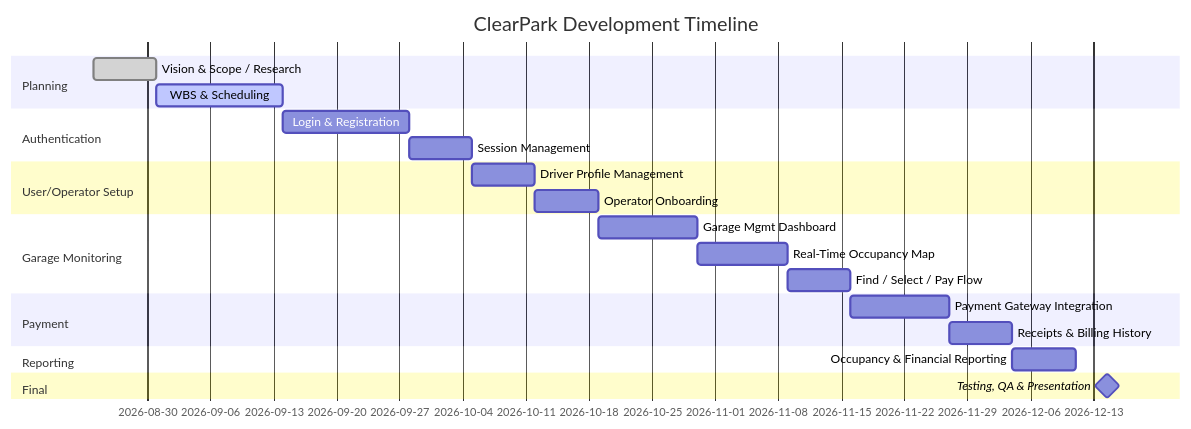
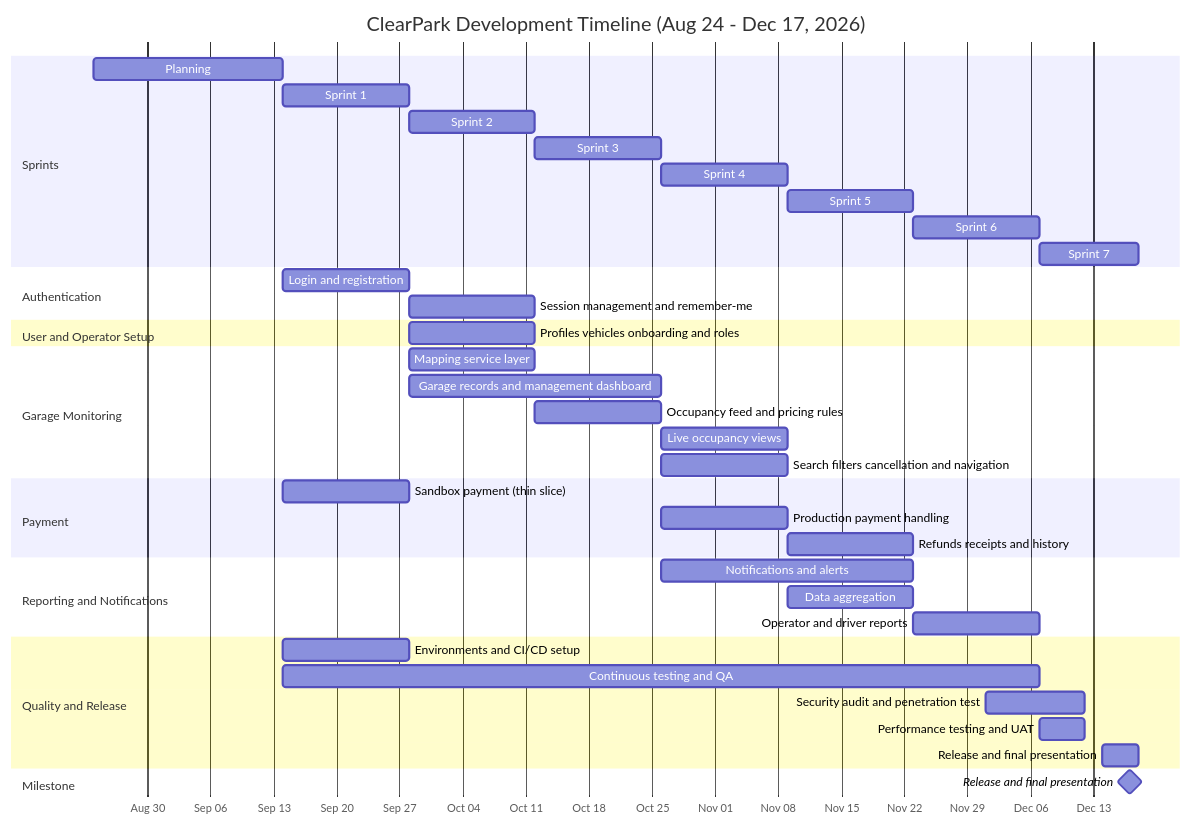
One commit to daiveTaiPlayrX/clearpark-smart-parking- changed the third of 3 diagrams in Project_Document.md. Above: the diagram before and after it, drawn with Mermaid. The commit also changed other lines of this file and 1 other file, not shown here.

````diff
--- a/Project_Document.md
+++ b/Project_Document.md
@@ -279,25 +705,42 @@
 ```mermaid
 gantt
-    title ClearPark Development Timeline
-    dateFormat  YYYY-MM-DD
-    section Planning
-    Vision & Scope / Research        :done,   p1, 2026-08-24, 7d
-    WBS & Scheduling                 :active, p2, 2026-08-31, 14d
+    title ClearPark Development Timeline (Aug 24 - Dec 17, 2026)
+    dateFormat YYYY-MM-DD
+    axisFormat %b %d
+    section Sprints
+    Planning :pln, 2026-08-24, 21d
+    Sprint 1 :s1, 2026-09-14, 14d
+    Sprint 2 :s2, 2026-09-28, 14d
+    Sprint 3 :s3, 2026-10-12, 14d
+    Sprint 4 :s4, 2026-10-26, 14d
+    Sprint 5 :s5, 2026-11-09, 14d
+    Sprint 6 :s6, 2026-11-23, 14d
+    Sprint 7 :s7, 2026-12-07, 11d
     section Authentication
-    Login & Registration             :a1, 2026-09-14, 14d
-    Session Management               :a2, 2026-09-28, 7d
-    section User/Operator Setup
-    Driver Profile Management        :u1, 2026-10-05, 7d
-    Operator Onboarding              :u2, 2026-10-12, 7d
+    Login and registration :t1, 2026-09-14, 14d
+    Session management and remember-me :t2, 2026-09-28, 14d
+    section User and Operator Setup
+    Profiles vehicles onboarding and roles :t3, 2026-09-28, 14d
     section Garage Monitoring
-    Garage Mgmt Dashboard            :g1, 2026-10-19, 11d
-    Real-Time Occupancy Map          :g2, 2026-10-30, 10d
-    Find / Select / Pay Flow         :g3, 2026-11-09, 7d
+    Mapping service layer :t4, 2026-09-28, 14d
+    Garage records and management dashboard :t5, 2026-09-28, 28d
+    Occupancy feed and pricing rules :t6, 2026-10-12, 14d
+    Live occupancy views :t7, 2026-10-26, 14d
+    Search filters cancellation and navigation :t8, 2026-10-26, 14d
     section Payment
-    Payment Gateway Integration      :pay1, 2026-11-16, 11d
-    Receipts & Billing History       :pay2, 2026-11-27, 7d
-    section Reporting
-    Occupancy & Financial Reporting  :r1, 2026-12-04, 7d
-    section Final
-    Testing, QA & Presentation       :milestone, f1, 2026-12-11, 7d
+    Sandbox payment (thin slice) :t9, 2026-09-14, 14d
+    Production payment handling :t10, 2026-10-26, 14d
+    Refunds receipts and history :t11, 2026-11-09, 14d
+    section Reporting and Notifications
+    Notifications and alerts :t12, 2026-10-26, 28d
+    Data aggregation :t13, 2026-11-09, 14d
+    Operator and driver reports :t14, 2026-11-23, 14d
+    section Quality and Release
+    Environments and CI/CD setup :t15, 2026-09-14, 14d
+    Continuous testing and QA :t16, 2026-09-14, 84d
+    Security audit and penetration test :t17, 2026-12-01, 11d
+    Performance testing and UAT :t18, 2026-12-07, 5d
+    Release and final presentation :t19, 2026-12-14, 4d
+    section Milestone
+    Release and final presentation :milestone, rel, 2026-12-17, 0d
 ```
````
